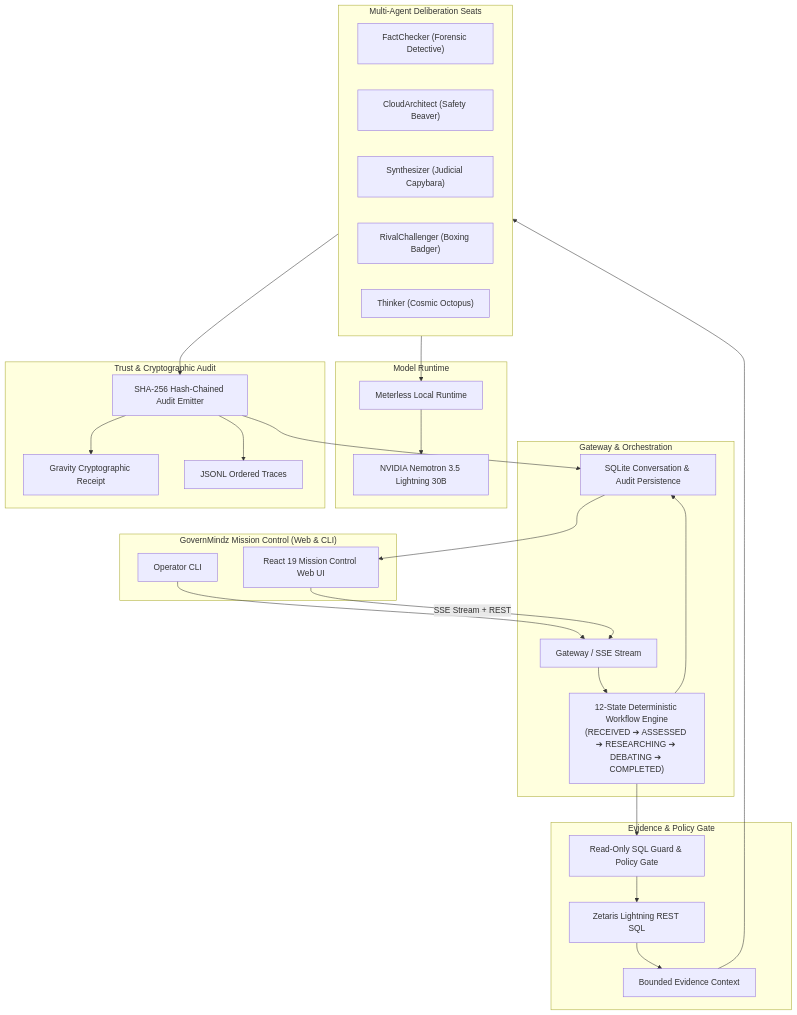
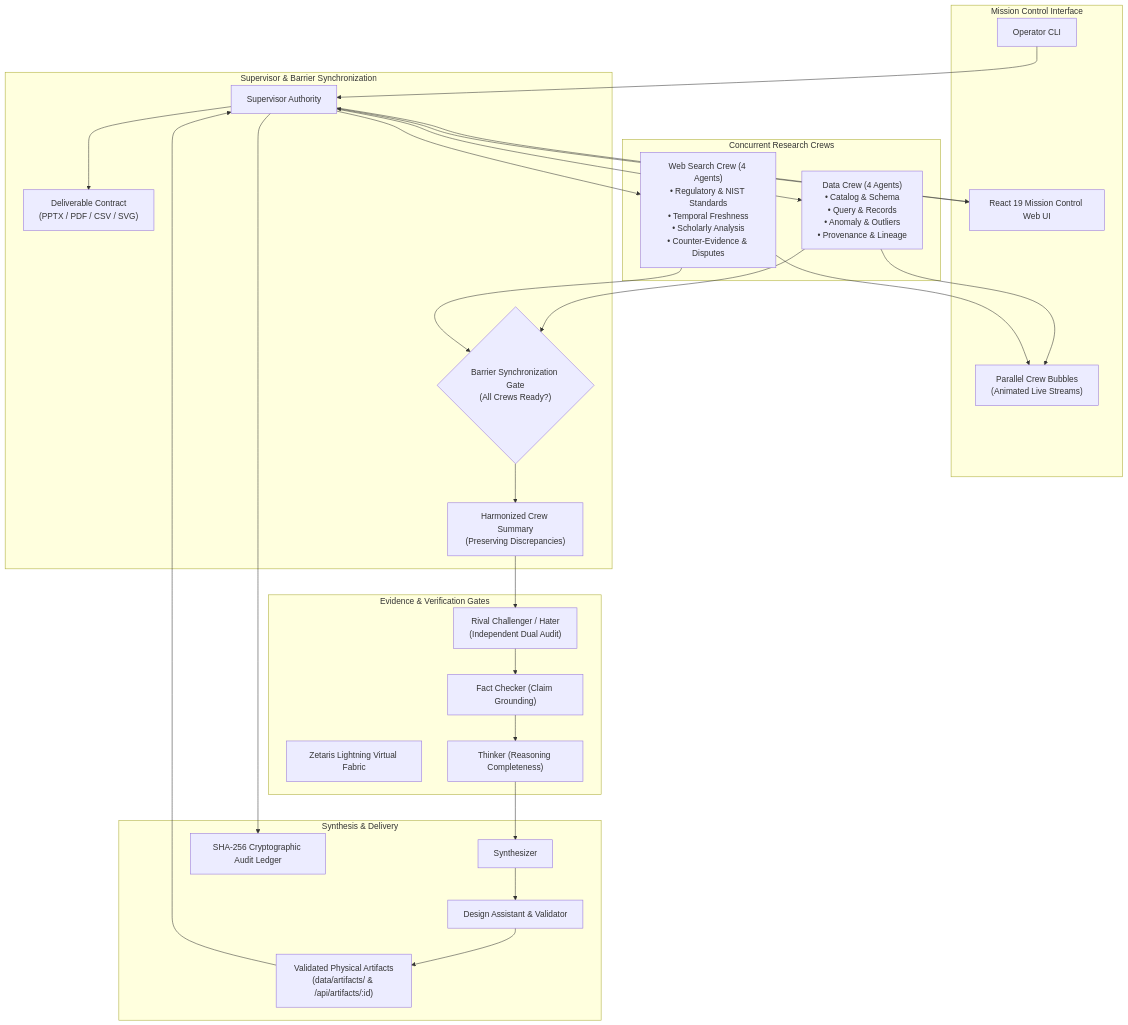
Before and after one commit to ACR-LOGIC/governmindz: the diagram in README.md, drawn with Mermaid. The commit also changed other lines of this file and 117 other files, not shown here.

First line of the commit message:
feat: independent text/audio streams, group audio controls, and demo pacing (#6)

````diff
--- a/README.md
+++ b/README.md
@@ -31,54 +45,54 @@
 ```mermaid
 flowchart TD
-    subgraph UI ["GovernMindz Mission Control (Web & CLI)"]
+    subgraph UI ["Mission Control Interface"]
         CLI[Operator CLI]
         WEB[React 19 Mission Control Web UI]
+        BUBBLES["Parallel Crew Bubbles<br/>(Animated Live Streams)"]
     end
 
-    subgraph GW ["Gateway & Orchestration"]
-        GATE[Gateway / SSE Stream]
-        FSM["12-State Deterministic Workflow Engine<br/>(RECEIVED ➔ ASSESSED ➔ RESEARCHING ➔ DEBATING ➔ COMPLETED)"]
-        PERSIST[SQLite Conversation & Audit Persistence]
+    subgraph ORCH ["Supervisor & Barrier Synchronization"]
+        SUP["Supervisor Authority"]
+        CONTRACT["Deliverable Contract<br/>(PPTX / PDF / CSV / SVG)"]
+        BARRIER{"Barrier Synchronization Gate<br/>(All Crews Ready?)"}
+        SUMMARY["Harmonized Crew Summary<br/>(Preserving Discrepancies)"]
     end
 
-    subgraph EVIDENCE ["Evidence & Policy Gate"]
-        ZET[Zetaris Lightning REST SQL]
-        GUARD[Read-Only SQL Guard & Policy Gate]
-        BOUND[Bounded Evidence Context]
+    subgraph CREWS ["Concurrent Research Crews"]
+        DC["Data Crew (4 Agents)<br/>• Catalog & Schema<br/>• Query & Records<br/>• Anomaly & Outliers<br/>• Provenance & Lineage"]
+        WC["Web Search Crew (4 Agents)<br/>• Regulatory & NIST Standards<br/>• Temporal Freshness<br/>• Scholarly Analysis<br/>• Counter-Evidence & Disputes"]
     end
 
-    subgraph DEBATE ["Multi-Agent Deliberation Seats"]
-        FC["FactChecker (Forensic Detective)"]
-        CA["CloudArchitect (Safety Beaver)"]
-        SY["Synthesizer (Judicial Capybara)"]
-        RC["RivalChallenger (Boxing Badger)"]
-        TK["Thinker (Cosmic Octopus)"]
+    subgraph AUDIT ["Evidence & Verification Gates"]
+        ZET["Zetaris Lightning Virtual Fabric"]
+        HATER["Rival Challenger / Hater<br/>(Independent Dual Audit)"]
+        FC["Fact Checker (Claim Grounding)"]
+        TK["Thinker (Reasoning Completeness)"]
     end
 
-    subgraph MODEL ["Model Runtime"]
-        MTR[Meterless Local Runtime]
-        NEMO[NVIDIA Nemotron 3.5 Lightning 30B]
+    subgraph RELEASE ["Synthesis & Delivery"]
+        SYN["Synthesizer"]
+        DA["Design Assistant & Validator"]
+        ARTIFACTS["Validated Physical Artifacts<br/>(data/artifacts/ & /api/artifacts/:id)"]
+        CHAIN["SHA-256 Cryptographic Audit Ledger"]
     end
 
-    subgraph TRUST ["Trust & Cryptographic Audit"]
-        AUDIT[SHA-256 Hash-Chained Audit Emitter]
-        RECEIPT[Gravity Cryptographic Receipt]
-        LOGS[JSONL Ordered Traces]
-    end
-
-    CLI --> GATE
-    WEB -->|SSE Stream + REST| GATE
-    GATE --> FSM
-    FSM --> PERSIST
-    FSM --> GUARD
-    GUARD --> ZET
-    ZET --> BOUND
-    BOUND --> DEBATE
-    DEBATE --> MTR
-    MTR --> NEMO
-    DEBATE --> AUDIT
-    AUDIT --> RECEIPT
-    AUDIT --> LOGS
-    AUDIT --> PERSIST
-    PERSIST --> WEB
+    CLI --> SUP
+    WEB --> SUP
+    SUP --> CONTRACT
+    SUP --> DC
+    SUP --> WC
+    DC --> BUBBLES
+    WC --> BUBBLES
+    DC --> BARRIER
+    WC --> BARRIER
+    BARRIER --> SUMMARY
+    SUMMARY --> HATER
+    HATER --> FC
+    FC --> TK
+    TK --> SYN
+    SYN --> DA
+    DA --> ARTIFACTS
+    ARTIFACTS --> SUP
+    SUP --> WEB
+    SUP --> CHAIN
 ```
````
